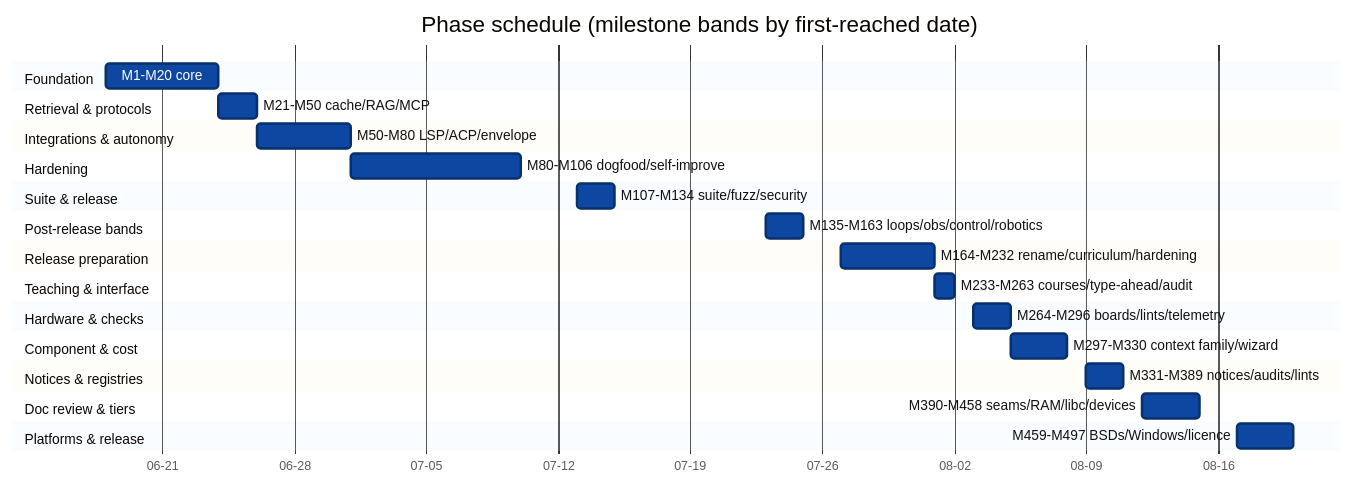
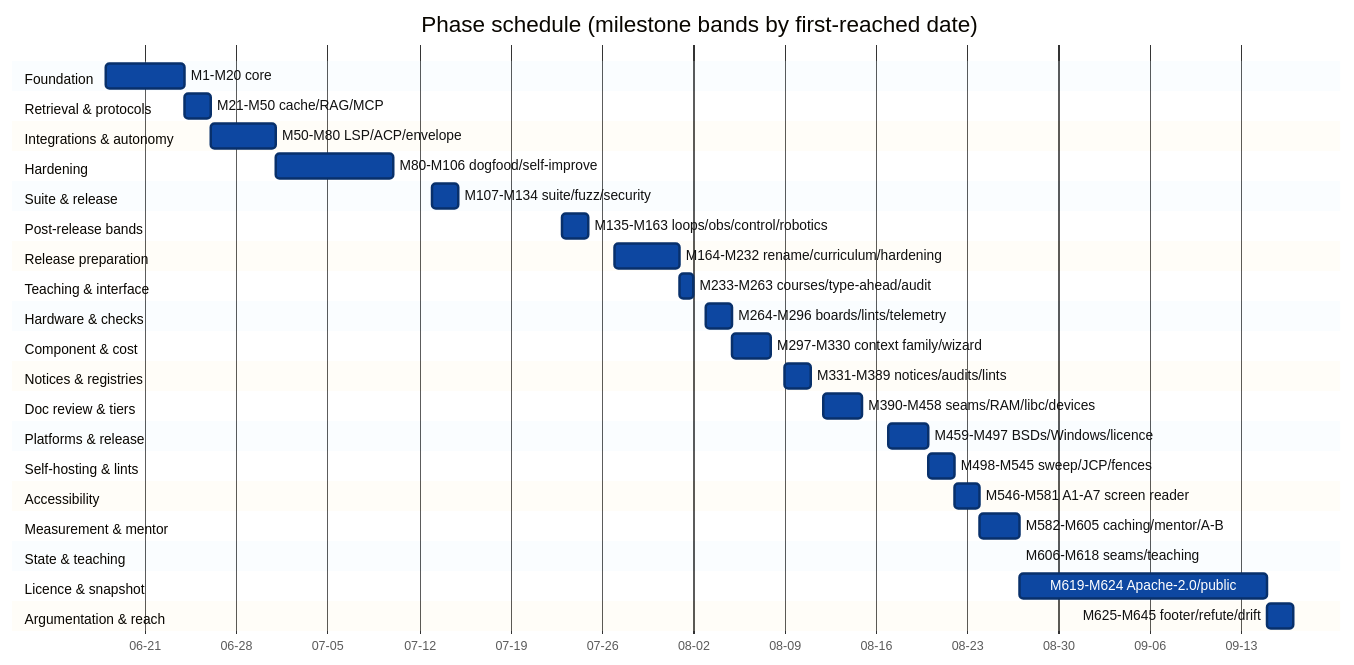
One commit to alexanderlarsdallmann/jichi changed the second of 7 diagrams in docs/PROJECT_TIMELINE.md. Above: the diagram before and after it, drawn with Mermaid. The commit also changed other lines of this file and 71 other files, not shown here.

First line of the commit message:
M640-M655: v0.9.1 -- a documentation drift sweep, and what a reader found that no test did

````diff
--- a/docs/PROJECT_TIMELINE.md
+++ b/docs/PROJECT_TIMELINE.md
@@ -143,33 +208,45 @@
 ```mermaid
 %%{init: {'theme':'base','themeVariables':{'doneTaskBkgColor':'#0d47a1','doneTaskBorderColor':'#08306b','taskTextColor':'#ffffff','taskTextDarkColor':'#ffffff','taskTextOutsideColor':'#111111','sectionBkgColor':'#e3f2fd','altSectionBkgColor':'#ffffff','gridColor':'#607d8b','todayLineColor':'#b71c1c','fontSize':'13px'}}}%%
 gantt
     title Phase schedule (milestone bands by first-reached date)
     dateFormat YYYY-MM-DD
     axisFormat %m-%d
     section Foundation
         M1-M20 core              :done, p0, 2026-06-18, 2026-06-24
     section Retrieval & protocols
         M21-M50 cache/RAG/MCP     :done, p1, 2026-06-24, 2026-06-26
     section Integrations & autonomy
         M50-M80 LSP/ACP/envelope  :done, p2, 2026-06-26, 2026-07-01
     section Hardening
         M80-M106 dogfood/self-improve :done, p3, 2026-07-01, 2026-07-10
     section Suite & release
         M107-M134 suite/fuzz/security :done, p4, 2026-07-13, 2026-07-15
     section Post-release bands
         M135-M163 loops/obs/control/robotics :done, p5, 2026-07-23, 2026-07-25
     section Release preparation
         M164-M232 rename/curriculum/hardening :done, p6, 2026-07-27, 2026-08-01
     section Teaching & interface
         M233-M263 courses/type-ahead/audit :done, p7, 2026-08-01, 2026-08-02
     section Hardware & checks
         M264-M296 boards/lints/telemetry :done, p8, 2026-08-03, 2026-08-05
     section Component & cost
         M297-M330 context family/wizard :done, p9, 2026-08-05, 2026-08-08
     section Notices & registries
         M331-M389 notices/audits/lints  :done, p10, 2026-08-09, 2026-08-11
     section Doc review & tiers
         M390-M458 seams/RAM/libc/devices :done, p11, 2026-08-12, 2026-08-15
     section Platforms & release
         M459-M497 BSDs/Windows/licence  :done, p12, 2026-08-17, 2026-08-20
+    section Self-hosting & lints
+        M498-M545 sweep/JCP/fences      :done, p13, 2026-08-20, 2026-08-22
+    section Accessibility
+        M546-M581 A1-A7 screen reader   :done, p14, 2026-08-22, 2026-08-24
+    section Measurement & mentor
+        M582-M605 caching/mentor/A-B    :done, p15, 2026-08-24, 2026-08-27
+    section State & teaching
+        M606-M618 seams/teaching        :done, p16, 2026-08-27, 2026-08-27
+    section Licence & snapshot
+        M619-M624 Apache-2.0/public     :done, p17, 2026-08-27, 2026-09-15
+    section Argumentation & reach
+        M625-M645 footer/refute/drift   :done, p18, 2026-09-15, 2026-09-17
 ```
````
